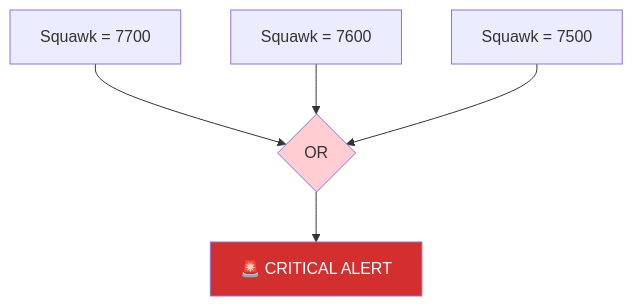
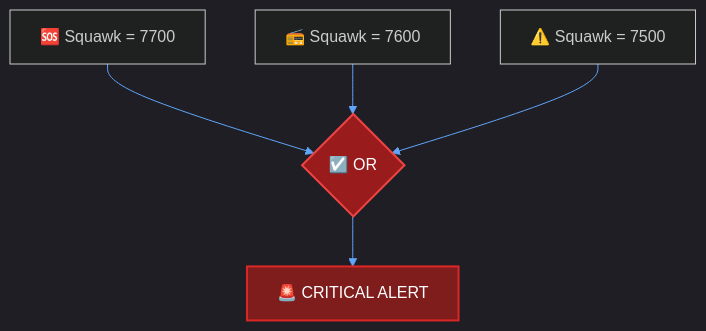
One commit to CHA0S-CORP/SkySpyDocs changed the second of 2 diagrams in docs/Recipes/emergency-monitor.md. Above: the diagram before and after it, drawn with Mermaid. The commit also changed other lines of this file and 11 other files, not shown here.

````diff
--- a/docs/Recipes/emergency-monitor.md
+++ b/docs/Recipes/emergency-monitor.md
@@ -82,10 +83,11 @@
 ```mermaid
+%%{init: {'theme': 'dark', 'themeVariables': { 'primaryColor': '#1e3a5f', 'primaryTextColor': '#fff', 'primaryBorderColor': '#3b82f6', 'lineColor': '#60a5fa'}}}%%
 flowchart TB
-    S1[Squawk = 7700] --> OR{OR}
-    S2[Squawk = 7600] --> OR
-    S3[Squawk = 7500] --> OR
-    OR --> ALERT[🚨 CRITICAL ALERT]
+    S1["🆘 Squawk = 7700"] --> OR{"☑️ OR"}
+    S2["📻 Squawk = 7600"] --> OR
+    S3["⚠️ Squawk = 7500"] --> OR
+    OR --> ALERT["🚨 CRITICAL ALERT"]
 
-    style OR fill:#ffcdd2
-    style ALERT fill:#d32f2f,color:#fff
+    style OR fill:#991b1b,stroke:#ef4444,stroke-width:2px,color:#fff
+    style ALERT fill:#7f1d1d,stroke:#dc2626,stroke-width:2px,color:#fff
 ```
````
